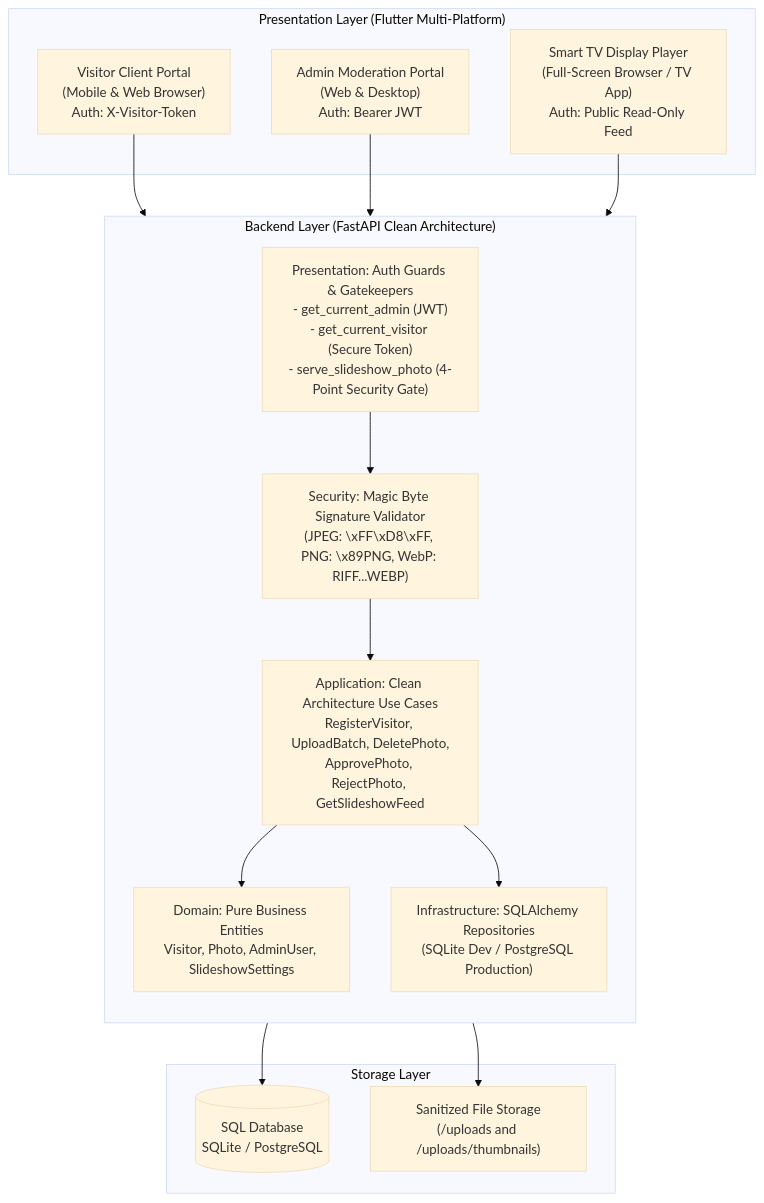
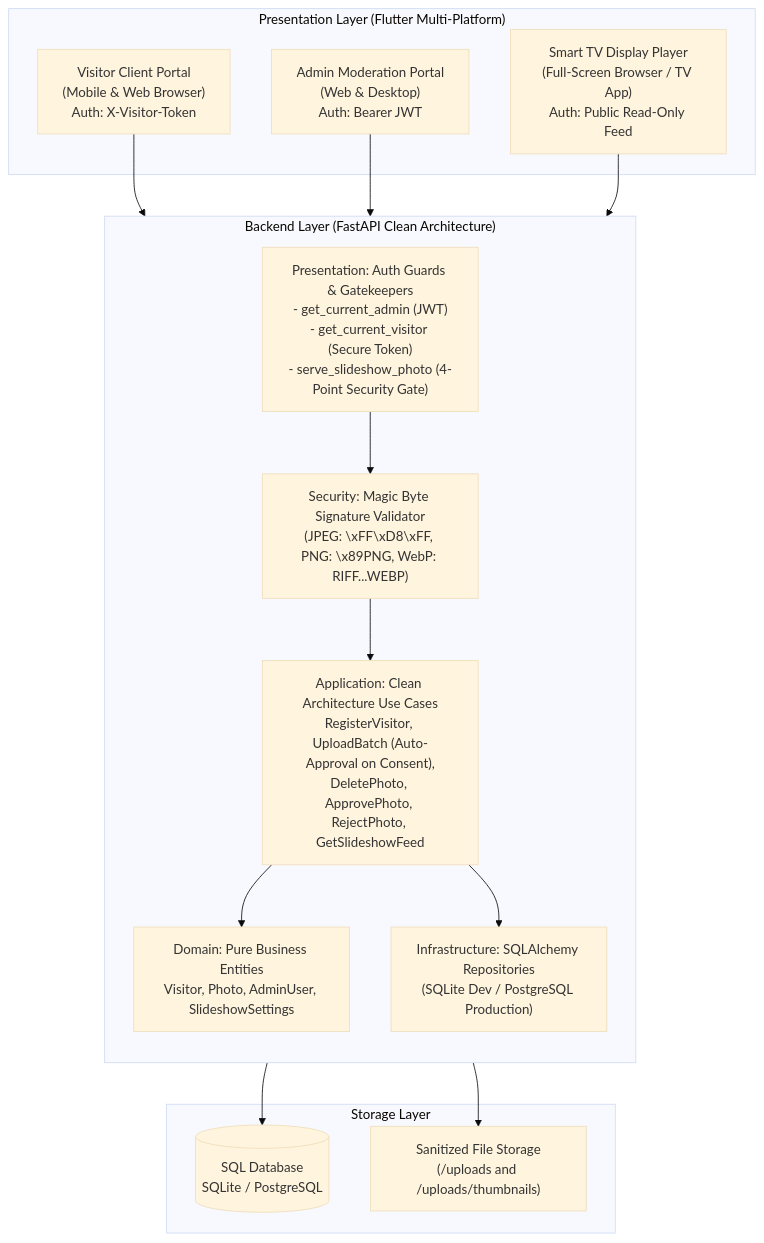
One commit to vishw-byte/visitor-photo-slideshow changed the first of 2 diagrams in ARCHITECTURE.md. Above: the diagram before and after it, drawn with Mermaid (base theme). The commit also changed other lines of this file and 13 other files, not shown here.

Commit message:
feat: implement automatic photo approval and post-moderation

````diff
--- a/ARCHITECTURE.md
+++ b/ARCHITECTURE.md
@@ -14,32 +14,32 @@
 ```mermaid
 flowchart TD
     subgraph Clients["Presentation Layer (Flutter Multi-Platform)"]
         VisitorApp["Visitor Client Portal\n(Mobile & Web Browser)\nAuth: X-Visitor-Token"]
         AdminApp["Admin Moderation Portal\n(Web & Desktop)\nAuth: Bearer JWT"]
         TVApp["Smart TV Display Player\n(Full-Screen Browser / TV App)\nAuth: Public Read-Only Feed"]
     end
 
     subgraph Core["Backend Layer (FastAPI Clean Architecture)"]
         direction TB
         AuthGateway["Presentation: Auth Guards & Gatekeepers\n- get_current_admin (JWT)\n- get_current_visitor (Secure Token)\n- serve_slideshow_photo (4-Point Security Gate)"]
         FileValidator["Security: Magic Byte Signature Validator\n(JPEG: \xFF\xD8\xFF, PNG: \x89PNG, WebP: RIFF...WEBP)"]
-        UseCases["Application: Clean Architecture Use Cases\nRegisterVisitor, UploadBatch, DeletePhoto,\nApprovePhoto, RejectPhoto, GetSlideshowFeed"]
+        UseCases["Application: Clean Architecture Use Cases\nRegisterVisitor, UploadBatch (Auto-Approval on Consent),\nDeletePhoto, ApprovePhoto, RejectPhoto, GetSlideshowFeed"]
         Entities["Domain: Pure Business Entities\nVisitor, Photo, AdminUser, SlideshowSettings"]
         Repositories["Infrastructure: SQLAlchemy Repositories\n(SQLite Dev / PostgreSQL Production)"]
     end
 
     subgraph Storage["Storage Layer"]
         DB[(SQL Database\nSQLite / PostgreSQL)]
         DiskStorage["Sanitized File Storage\n(/uploads and /uploads/thumbnails)"]
     end
 
     VisitorApp --> AuthGateway
     AdminApp --> AuthGateway
     TVApp --> AuthGateway
     AuthGateway --> FileValidator
     FileValidator --> UseCases
     UseCases --> Entities
     UseCases --> Repositories
     Repositories --> DB
     Repositories --> DiskStorage
 ```
````
